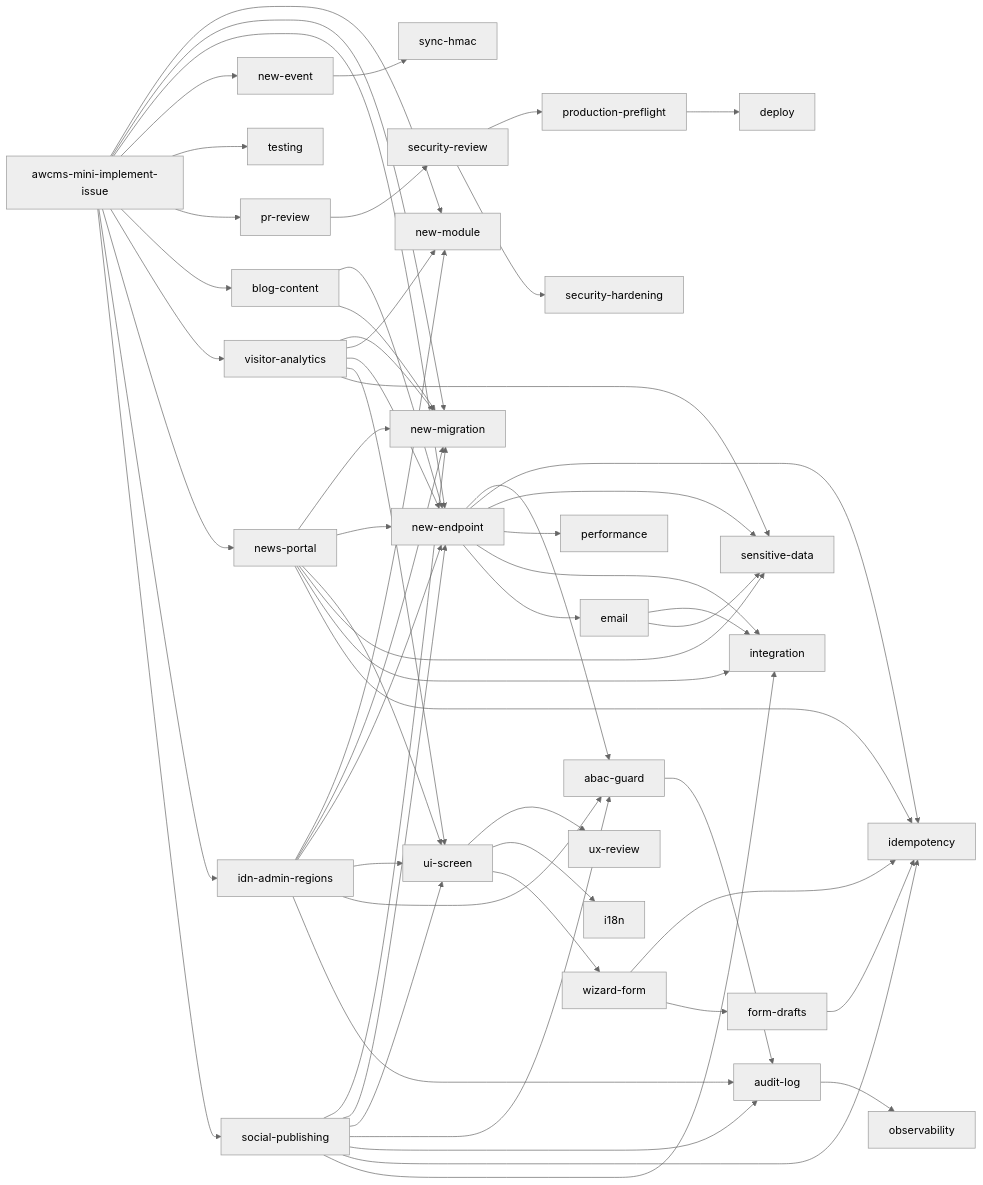
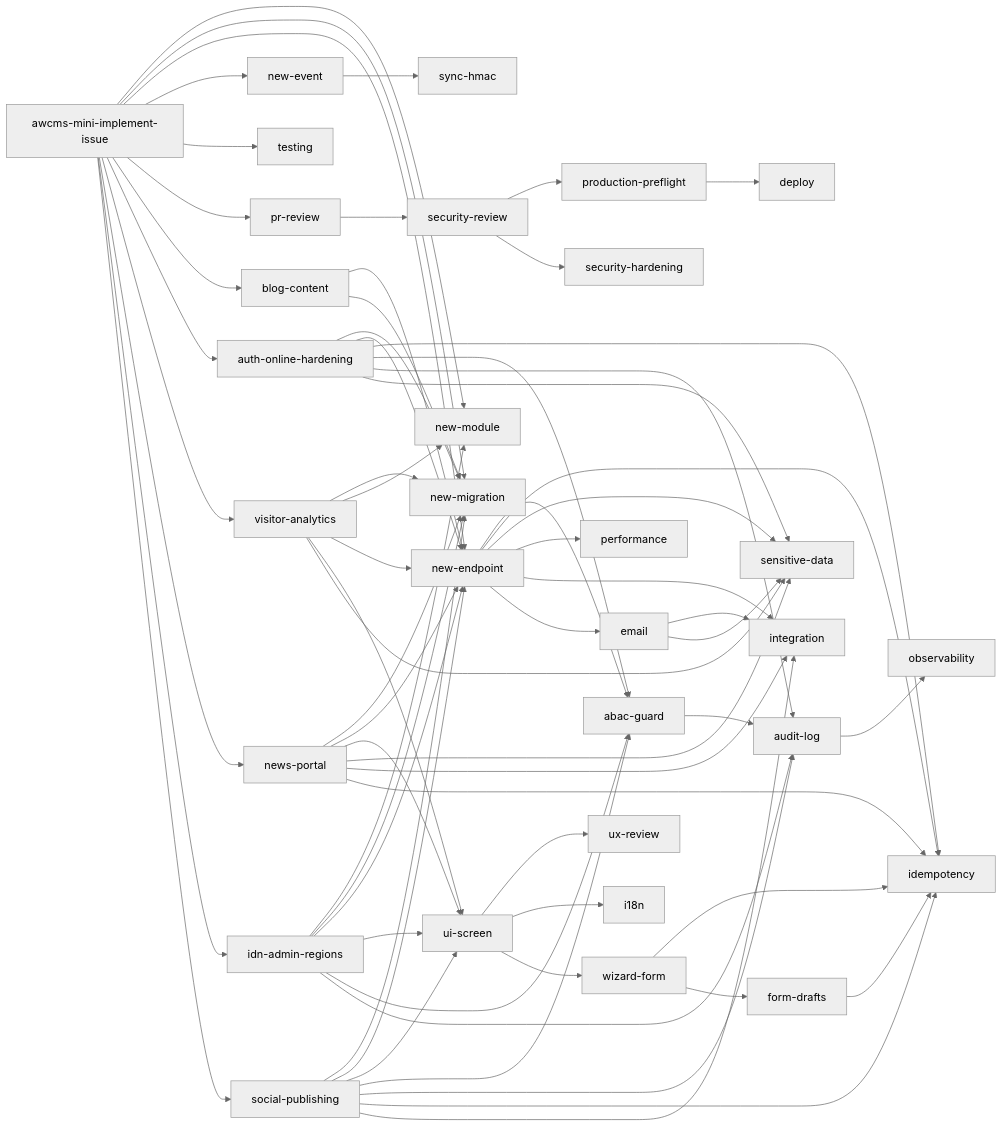
Before and after one commit to ahliweb/awcms-mini: the third of 5 diagrams in AGENTS.md, drawn with Mermaid (neutral theme). The commit also changed other lines of this file and 33 other files, not shown here.

````diff
--- a/AGENTS.md
+++ b/AGENTS.md
@@ -145,59 +146,66 @@
 ```mermaid
 flowchart LR
   II[awcms-mini-implement-issue] --> NM[new-module]
   II --> MIG[new-migration]
   II --> EP[new-endpoint]
   II --> EV[new-event]
   II --> TST[testing]
   EP --> ABAC[abac-guard]
   EP --> IDEM[idempotency]
   ABAC --> AUD[audit-log]
   AUD --> OBS[observability]
   EP --> SD[sensitive-data]
   EV --> SYNC[sync-hmac]
   II --> PR[pr-review] --> SEC[security-review] --> PF[production-preflight]
   PF --> DEP[deploy]
   UI2[ui-screen] --> UXR[ux-review]
   UI2 --> I18N[i18n]
   UI2 --> WIZ[wizard-form]
   WIZ --> IDEM
   WIZ --> DRAFT[form-drafts]
   DRAFT --> IDEM
   EP --> PERF[performance]
   EP --> INT[integration]
   SEC --> HARD[security-hardening]
   EP --> EMAIL[email]
   EMAIL --> INT
   EMAIL --> SD
   II --> BLOG[blog-content]
   BLOG --> EP
   BLOG --> MIG
+  II --> AOH[auth-online-hardening]
+  AOH --> MIG
+  AOH --> EP
+  AOH --> IDEM
+  AOH --> ABAC
+  AOH --> AUD
+  AOH --> SD
   II --> VA[visitor-analytics]
   VA --> MIG
   VA --> NM
   VA --> EP
   VA --> UI2
   VA --> SD
   II --> NP[news-portal]
   NP --> MIG
   NP --> EP
   NP --> UI2
   NP --> SD
   NP --> INT
   NP --> IDEM
   II --> IDN[idn-admin-regions]
   IDN --> NM
   IDN --> MIG
   IDN --> EP
   IDN --> UI2
   IDN --> ABAC
   IDN --> AUD
   II --> SP[social-publishing]
   SP --> MIG
   SP --> EP
   SP --> UI2
   SP --> ABAC
   SP --> AUD
   SP --> IDEM
   SP --> INT
 ```
````
